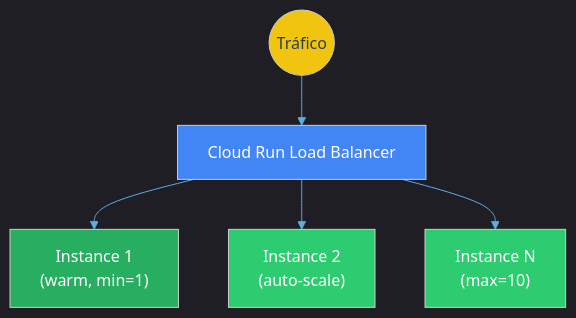
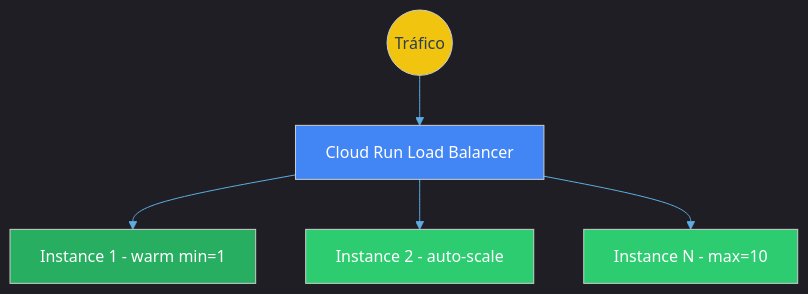
One commit to developer-implementos/integration-presentations changed diagram 12 of 14 in presentations/architecture/enterprise-architecture-overview.md. Above: the diagram before and after it, drawn with Mermaid. The commit also changed other lines of this file, not shown here.

````diff
--- a/presentations/architecture/enterprise-architecture-overview.md
+++ b/presentations/architecture/enterprise-architecture-overview.md
@@ -1793,14 +1820,14 @@
 ```mermaid
 %%{init: {'theme': 'dark', 'themeVariables': {'lineColor': '#5dade2'}}}%%
 graph TD
     T((Tráfico)) --> LB[Cloud Run Load Balancer]
-    LB --> I1["Instance 1<br/>(warm, min=1)"]
-    LB --> I2["Instance 2<br/>(auto-scale)"]
-    LB --> I3["Instance N<br/>(max=10)"]
+    LB --> I1["Instance 1 - warm min=1"]
+    LB --> I2["Instance 2 - auto-scale"]
+    LB --> I3["Instance N - max=10"]
 
     style T fill:#f1c40f,color:#2c3e50
     style LB fill:#4285f4,color:#fff
     style I1 fill:#27ae60,color:#fff
     style I2 fill:#2ecc71,color:#fff
     style I3 fill:#2ecc71,color:#fff
 ```
````
